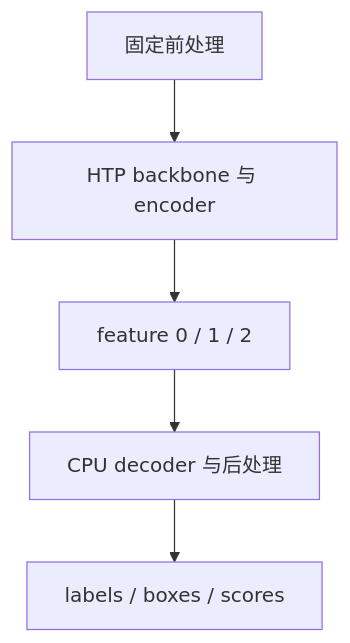
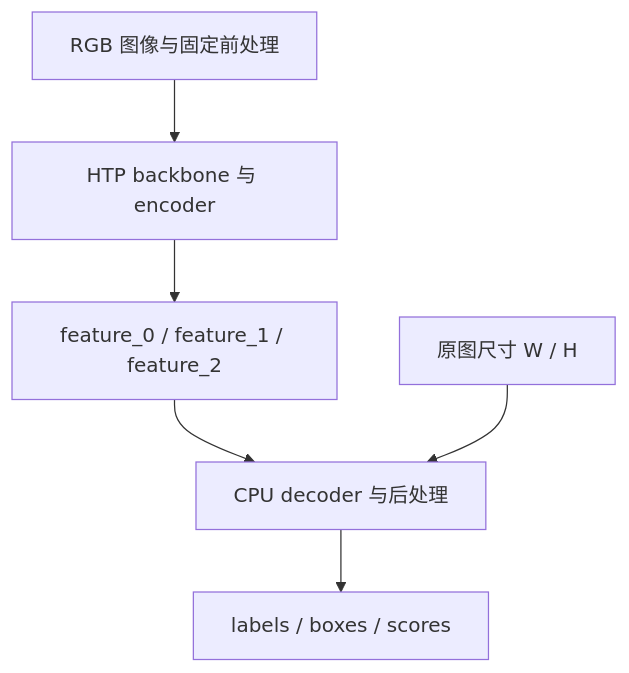
One commit to moonnryan/moonnryan-research-workshop changed the diagram in topics/quantization-accuracy/Qualcomm_DEIM精度归因.md. Above: the diagram before and after it, drawn with Mermaid. The commit also changed other lines of this file, not shown here.

Commit message:
Expand DEIM HTP numerical diagnosis and explicit CPU decoder partitioning

````diff
--- a/topics/quantization-accuracy/Qualcomm_DEIM精度归因.md
+++ b/topics/quantization-accuracy/Qualcomm_DEIM精度归因.md
@@ -53,7 +207,8 @@
 ```mermaid
 flowchart TB
-  A["固定前处理"] --> B["HTP backbone 与 encoder"]
-  B --> C["feature 0 / 1 / 2"]
+  A["RGB 图像与固定前处理"] --> B["HTP backbone 与 encoder"]
+  B --> C["feature_0 / feature_1 / feature_2"]
   C --> D["CPU decoder 与后处理"]
+  S["原图尺寸 W / H"] --> D
   D --> E["labels / boxes / scores"]
 ```
````
